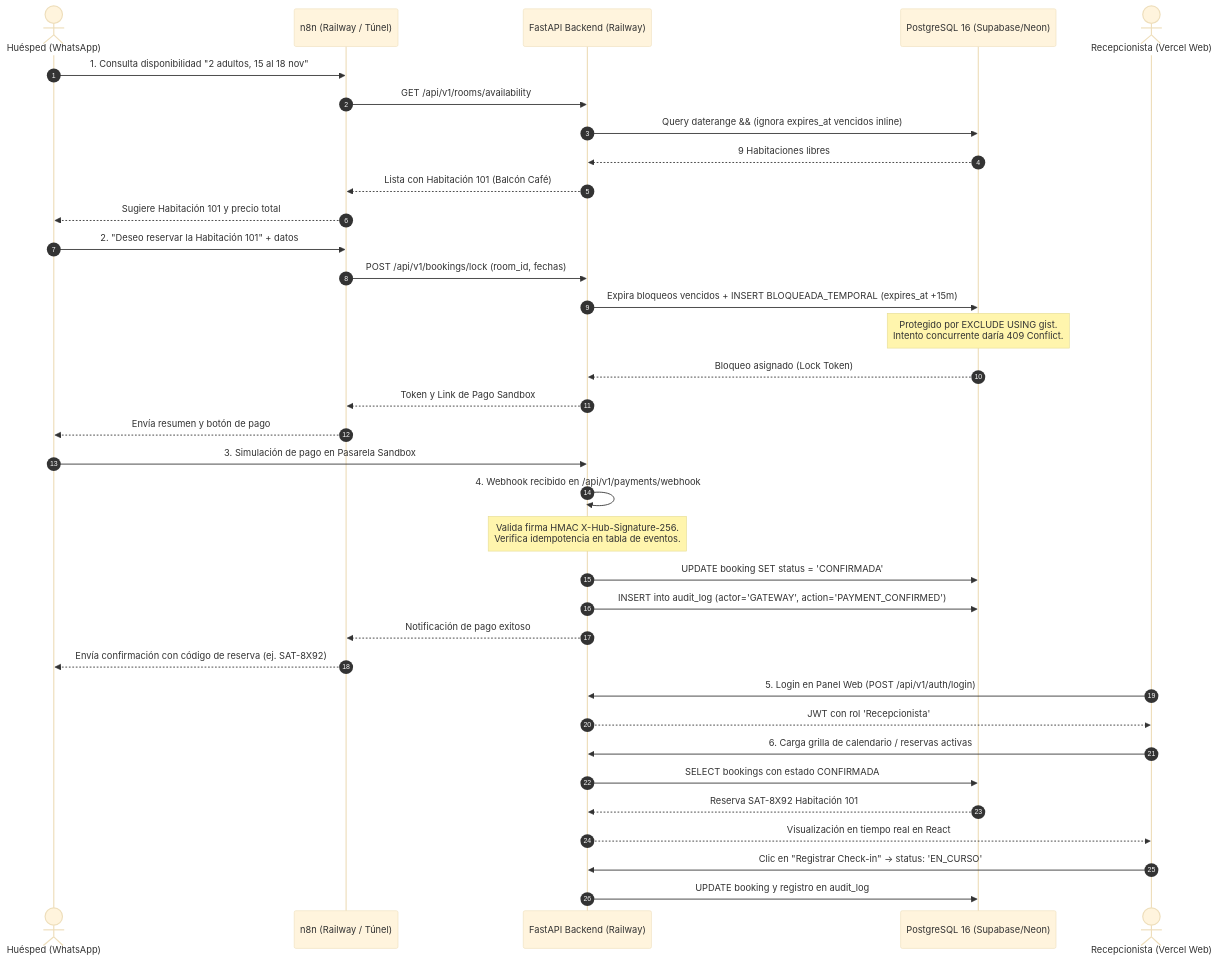
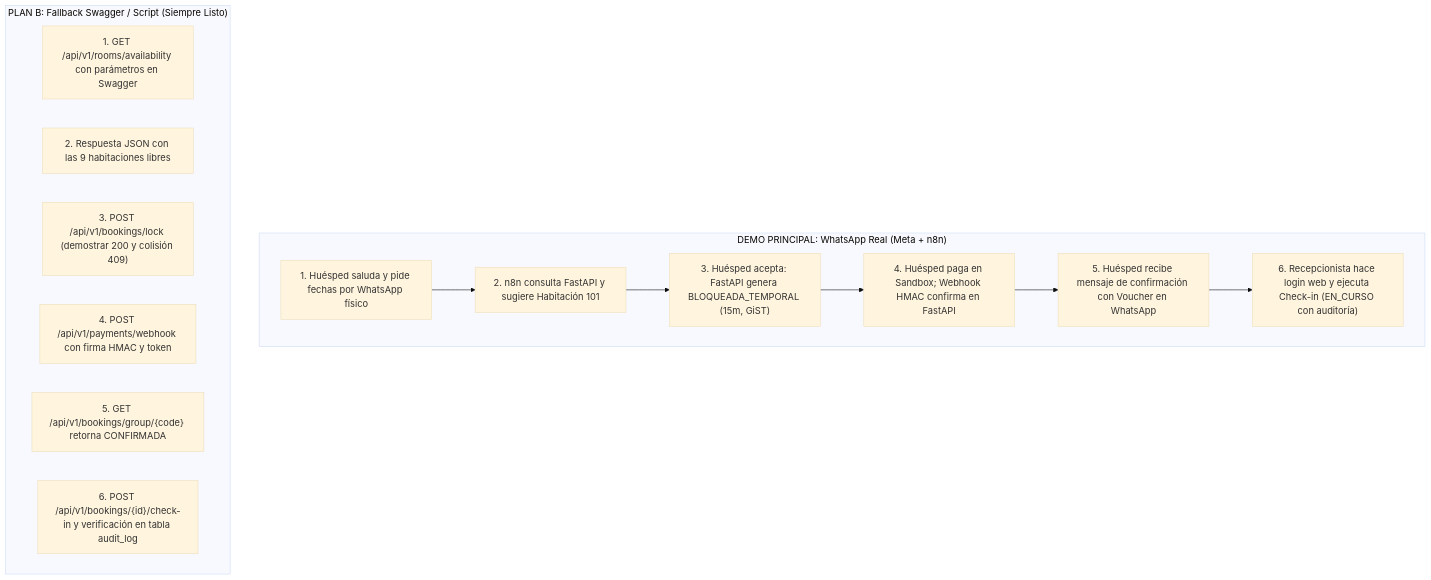
The diagram in docs/audit/05-plan-migracion.md (JuanJarias/SatoriPMS), drawn with Mermaid (base theme) before and after one commit. The commit also changed other lines of this file, not shown here.

Commit message:
docs(plan): incorporar WhatsApp real, Meta Cloud API, capacidad de 48h y plan B de demo

````diff
--- a/docs/audit/05-plan-migracion.md
+++ b/docs/audit/05-plan-migracion.md
@@ -169,41 +178,19 @@
 ```mermaid
-sequenceDiagram
-    autonumber
-    actor H as Huésped (WhatsApp)
-    participant N as n8n (Railway / Túnel)
-    participant API as FastAPI Backend (Railway)
-    participant DB as PostgreSQL 16 (Supabase/Neon)
-    actor R as Recepcionista (Vercel Web)
+flowchart TD
+    subgraph CaminoA["DEMO PRINCIPAL: WhatsApp Real (Meta + n8n)"]
+        A1["1. Huésped saluda y pide fechas por WhatsApp físico"] --> A2["2. n8n consulta FastAPI y sugiere Habitación 101"]
+        A2 --> A3["3. Huésped acepta: FastAPI genera BLOQUEADA_TEMPORAL (15m, GiST)"]
+        A3 --> A4["4. Huésped paga en Sandbox; Webhook HMAC confirma en FastAPI"]
+        A4 --> A5["5. Huésped recibe mensaje de confirmación con Voucher en WhatsApp"]
+        A5 --> A6["6. Recepcionista hace login web y ejecuta Check-in (EN_CURSO con auditoría)"]
+    end
 
-    H->>N: 1. Consulta disponibilidad "2 adultos, 15 al 18 nov"
-    N->>API: GET /api/v1/rooms/availability
-    API->>DB: Query daterange && (ignora expires_at vencidos inline)
-    DB-->>API: 9 Habitaciones libres
-    API-->>N: Lista con Habitación 101 (Balcón Café)
-    N-->>H: Sugiere Habitación 101 y precio total
-
-    H->>N: 2. "Deseo reservar la Habitación 101" + datos
-    N->>API: POST /api/v1/bookings/lock (room_id, fechas)
-    API->>DB: Expira bloqueos vencidos + INSERT BLOQUEADA_TEMPORAL (expires_at +15m)
-    Note over DB: Protegido por EXCLUDE USING gist.<br/>Intento concurrente daría 409 Conflict.
-    DB-->>API: Bloqueo asignado (Lock Token)
-    API-->>N: Token y Link de Pago Sandbox
-    N-->>H: Envía resumen y botón de pago
-
-    H->>API: 3. Simulación de pago en Pasarela Sandbox
-    API->>API: 4. Webhook recibido en /api/v1/payments/webhook
-    Note over API: Valida firma HMAC X-Hub-Signature-256.<br/>Verifica idempotencia en tabla de eventos.
-    API->>DB: UPDATE booking SET status = 'CONFIRMADA'
-    API->>DB: INSERT into audit_log (actor='GATEWAY', action='PAYMENT_CONFIRMED')
-    API-->>N: Notificación de pago exitoso
-    N-->>H: Envía confirmación con código de reserva (ej. SAT-8X92)
-
-    R->>API: 5. Login en Panel Web (POST /api/v1/auth/login)
-    API-->>R: JWT con rol 'Recepcionista'
-    R->>API: 6. Carga grilla de calendario / reservas activas
-    API->>DB: SELECT bookings con estado CONFIRMADA
-    DB-->>API: Reserva SAT-8X92 Habitación 101
-    API-->>R: Visualización en tiempo real en React
-    R->>API: Clic en "Registrar Check-in" -> status: 'EN_CURSO'
-    API->>DB: UPDATE booking y registro en audit_log
+    subgraph CaminoB["PLAN B: Fallback Swagger / Script (Siempre Listo)"]
+        B1["1. GET /api/v1/rooms/availability con parámetros en Swagger"]
+        B2["2. Respuesta JSON con las 9 habitaciones libres"]
+        B3["3. POST /api/v1/bookings/lock (demostrar 200 y colisión 409)"]
+        B4["4. POST /api/v1/payments/webhook con firma HMAC y token"]
+        B5["5. GET /api/v1/bookings/group/{code} retorna CONFIRMADA"]
+        B6["6. POST /api/v1/bookings/{id}/check-in y verificación en tabla audit_log"]
+    end
 ```
````
